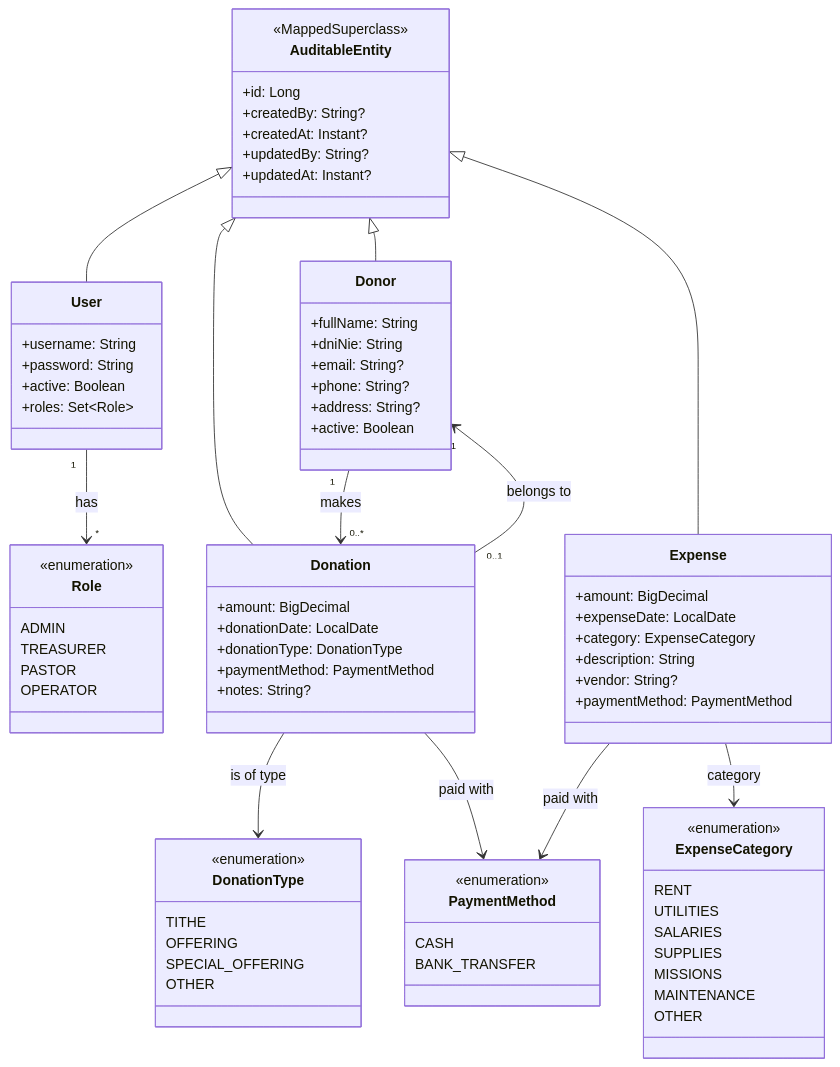
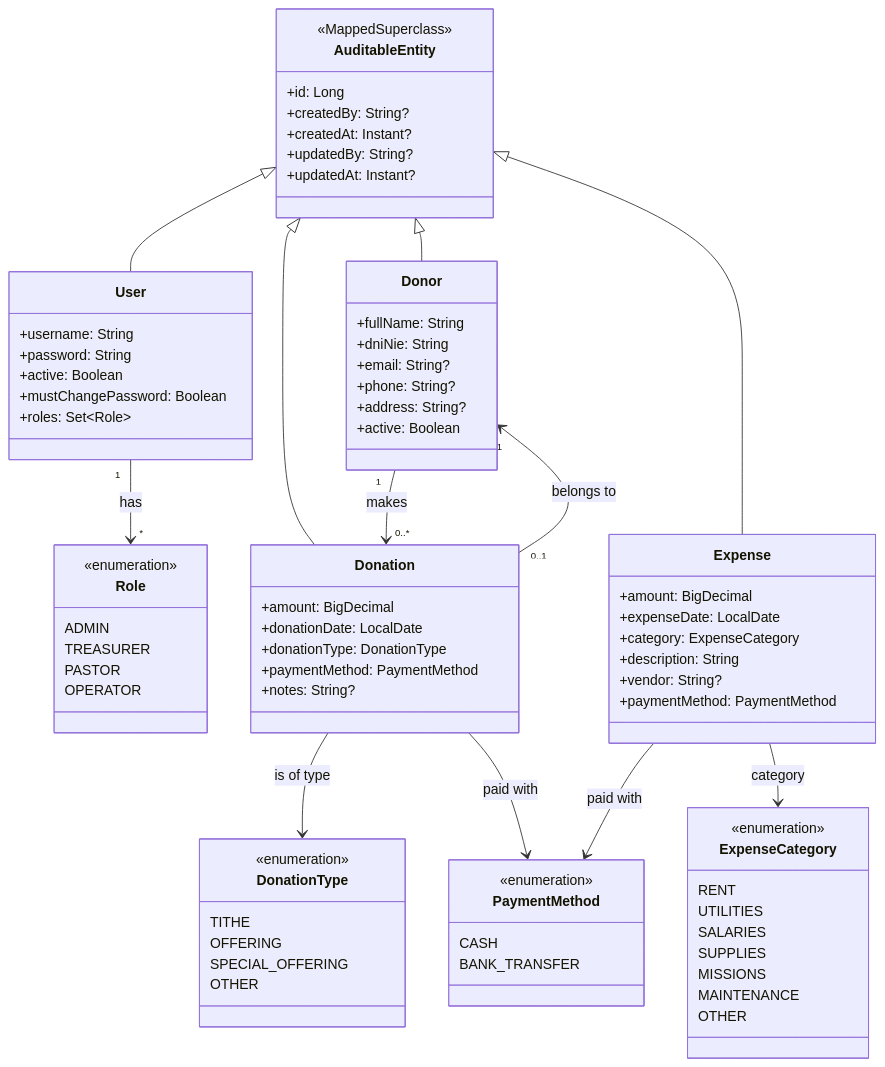
Before and after one commit to jorgetroya80/donations-api: the third of 12 diagrams in docs/architecture.md, drawn with Mermaid. The commit also changed other lines of this file and 26 other files, not shown here.

```diff
--- a/docs/architecture.md
+++ b/docs/architecture.md
@@ -200,6 +200,7 @@
         +username: String
         +password: String
         +active: Boolean
+        +mustChangePassword: Boolean
         +roles: Set~Role~
     }
 
```
